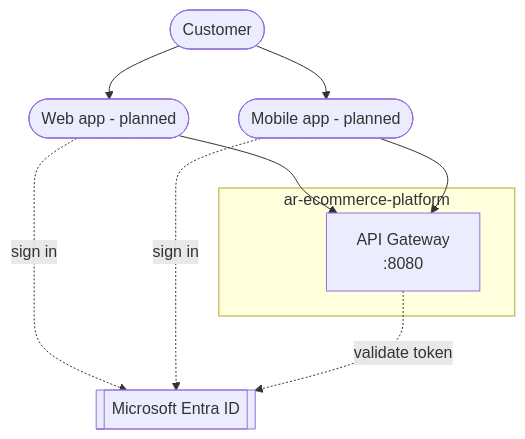
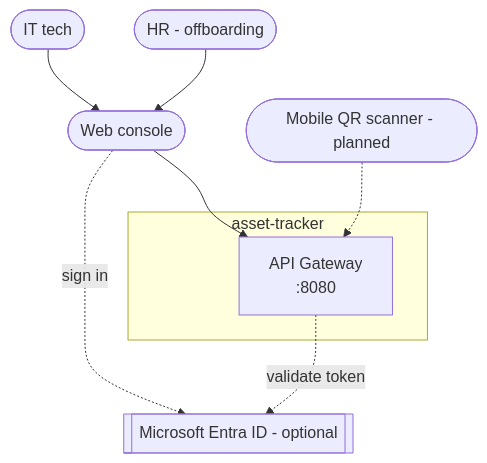
The first of 4 diagrams in docs/architecture.md (AlexisRodriguezCS/asset-tracker), drawn with Mermaid before and after one commit. The commit also changed other lines of this file and 19 other files, not shown here.

Commit message:
docs: rewrite for asset-tracker — README, architecture + 6 ADRs, RUNBOOK, demo scripts, platform.http

````diff
--- a/docs/architecture.md
+++ b/docs/architecture.md
@@ -7,17 +7,17 @@
 ```mermaid
 flowchart TB
-    user([Customer])
-    webapp([Web app - planned])
-    mobile([Mobile app - planned])
-    entra[[Microsoft Entra ID]]
+    tech([IT tech])
+    hr([HR - offboarding])
+    scanner([Mobile QR scanner - planned])
+    entra[[Microsoft Entra ID - optional]]
 
-    subgraph platform ["ar-ecommerce-platform"]
+    subgraph platform ["asset-tracker"]
         api[API Gateway<br/>:8080]
     end
 
-    user --> webapp --> api
-    user --> mobile --> api
-    webapp -. sign in .-> entra
-    mobile -. sign in .-> entra
+    tech --> console([Web console]) --> api
+    hr --> console
+    scanner -.-> api
+    console -. sign in .-> entra
     api -. validate token .-> entra
 ```
````
